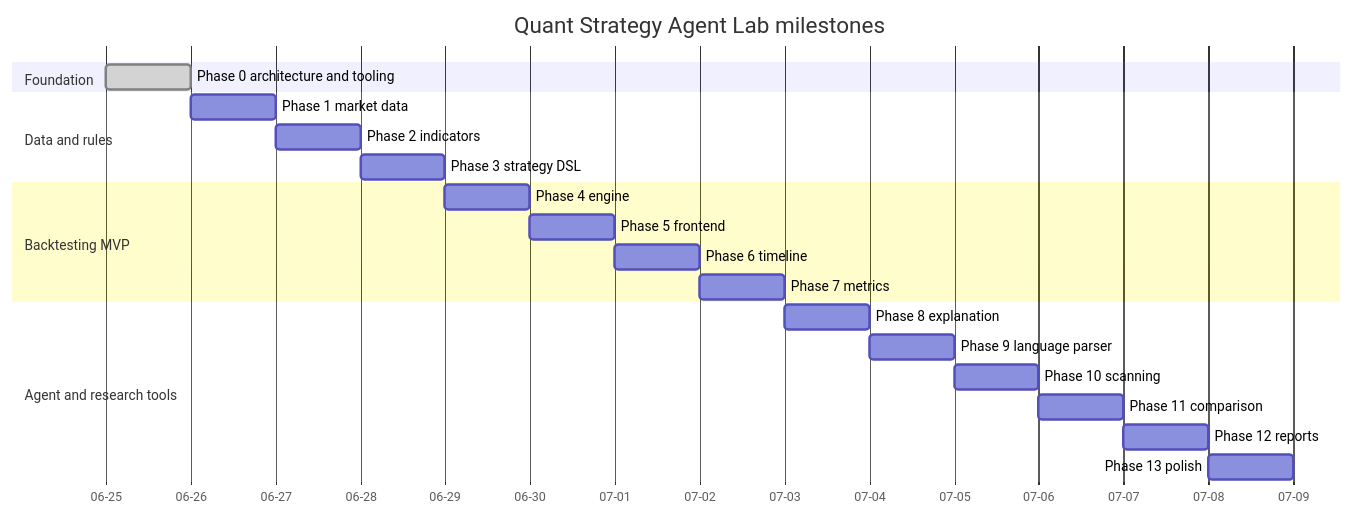
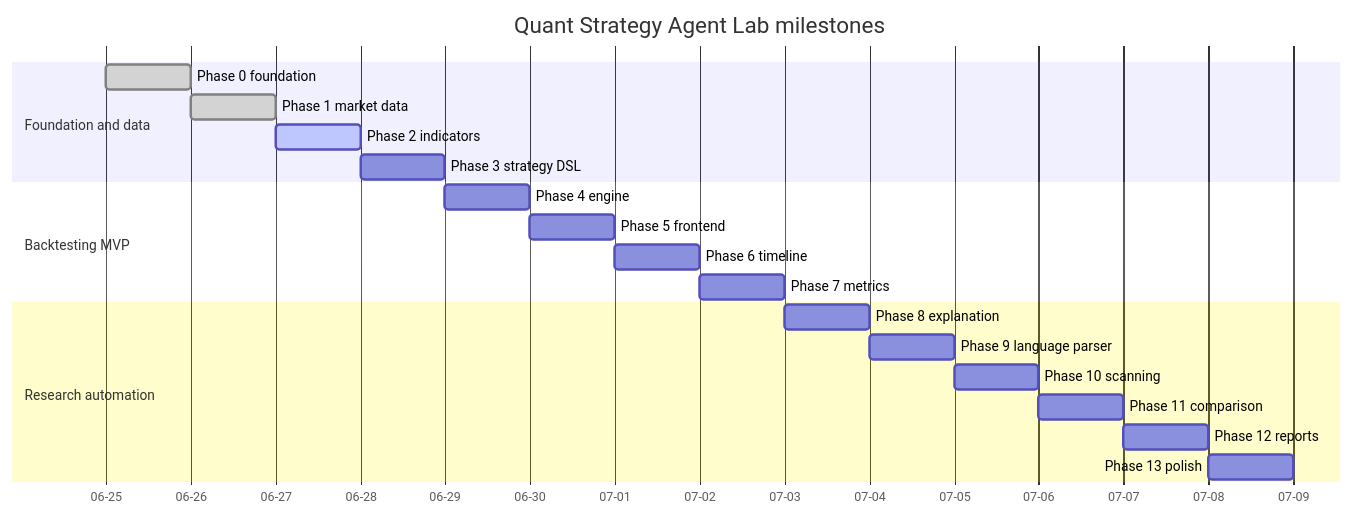
One commit to Justin21523/quant-strategy-agent-lab changed the diagram in docs/ROADMAP.md. Above: the diagram before and after it, drawn with Mermaid. The commit also changed other lines of this file and 130 other files, not shown here.

````diff
--- a/docs/ROADMAP.md
+++ b/docs/ROADMAP.md
@@ -77,28 +88,26 @@
 ```mermaid
 gantt
     title Quant Strategy Agent Lab milestones
     dateFormat  YYYY-MM-DD
     axisFormat  %m-%d
 
-    section Foundation
-    Phase 0 architecture and tooling :done, p0, 2026-06-25, 1d
-
-    section Data and rules
-    Phase 1 market data             :p1, after p0, 1d
-    Phase 2 indicators              :p2, after p1, 1d
-    Phase 3 strategy DSL            :p3, after p2, 1d
+    section Foundation and data
+    Phase 0 foundation             :done, p0, 2026-06-25, 1d
+    Phase 1 market data            :done, p1, after p0, 1d
+    Phase 2 indicators             :active, p2, after p1, 1d
+    Phase 3 strategy DSL           :p3, after p2, 1d
 
     section Backtesting MVP
-    Phase 4 engine                  :p4, after p3, 1d
-    Phase 5 frontend                :p5, after p4, 1d
-    Phase 6 timeline                :p6, after p5, 1d
-    Phase 7 metrics                 :p7, after p6, 1d
+    Phase 4 engine                 :p4, after p3, 1d
+    Phase 5 frontend               :p5, after p4, 1d
+    Phase 6 timeline               :p6, after p5, 1d
+    Phase 7 metrics                :p7, after p6, 1d
 
-    section Agent and research tools
-    Phase 8 explanation             :p8, after p7, 1d
-    Phase 9 language parser         :p9, after p8, 1d
-    Phase 10 scanning               :p10, after p9, 1d
-    Phase 11 comparison             :p11, after p10, 1d
-    Phase 12 reports                :p12, after p11, 1d
-    Phase 13 polish                 :p13, after p12, 1d
+    section Research automation
+    Phase 8 explanation            :p8, after p7, 1d
+    Phase 9 language parser        :p9, after p8, 1d
+    Phase 10 scanning              :p10, after p9, 1d
+    Phase 11 comparison            :p11, after p10, 1d
+    Phase 12 reports               :p12, after p11, 1d
+    Phase 13 polish                :p13, after p12, 1d
 ```
````
